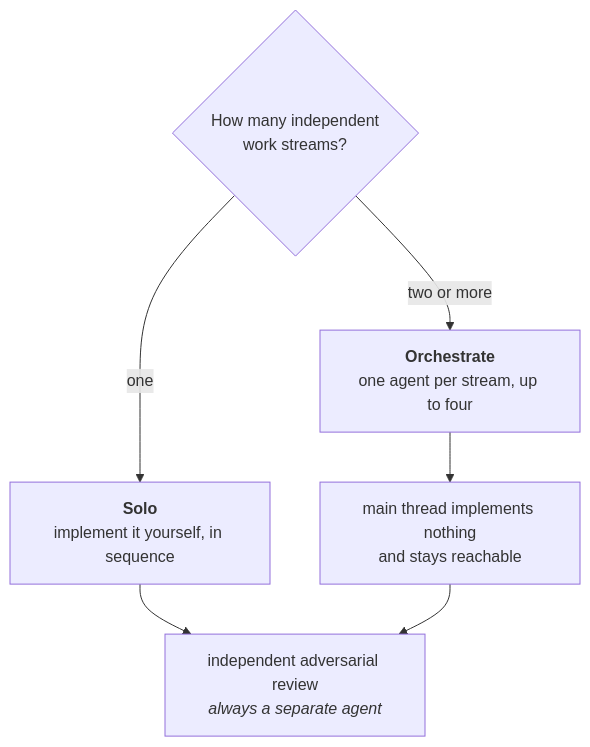
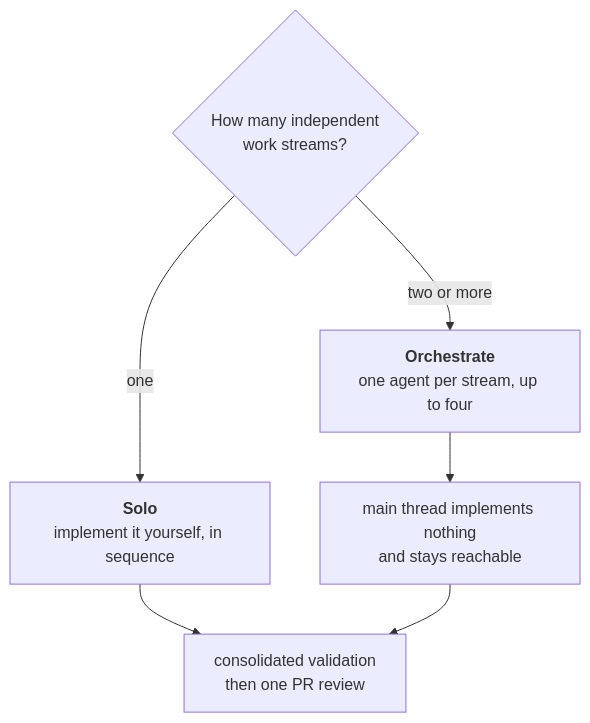
Before and after one commit to ShaftHQ/SHAFT_ENGINE: the third of 4 diagrams in .agents/skills/README.md, drawn with Mermaid. The commit also changed other lines of this file and 17 other files, not shown here.

````diff
--- a/.agents/skills/README.md
+++ b/.agents/skills/README.md
@@ -74,9 +74,9 @@
 ```mermaid
 flowchart TD
     Q{"How many independent<br/>work streams?"}
     Q -->|one| S["<b>Solo</b><br/>implement it yourself, in sequence"]
     Q -->|"two or more"| O["<b>Orchestrate</b><br/>one agent per stream, up to four"]
-    S --> RV["independent adversarial review<br/><i>always a separate agent</i>"]
+    S --> RV["consolidated validation<br/>then one PR review"]
     O --> OW["main thread implements nothing<br/>and stays reachable"]
     OW --> RV
 ```
````
